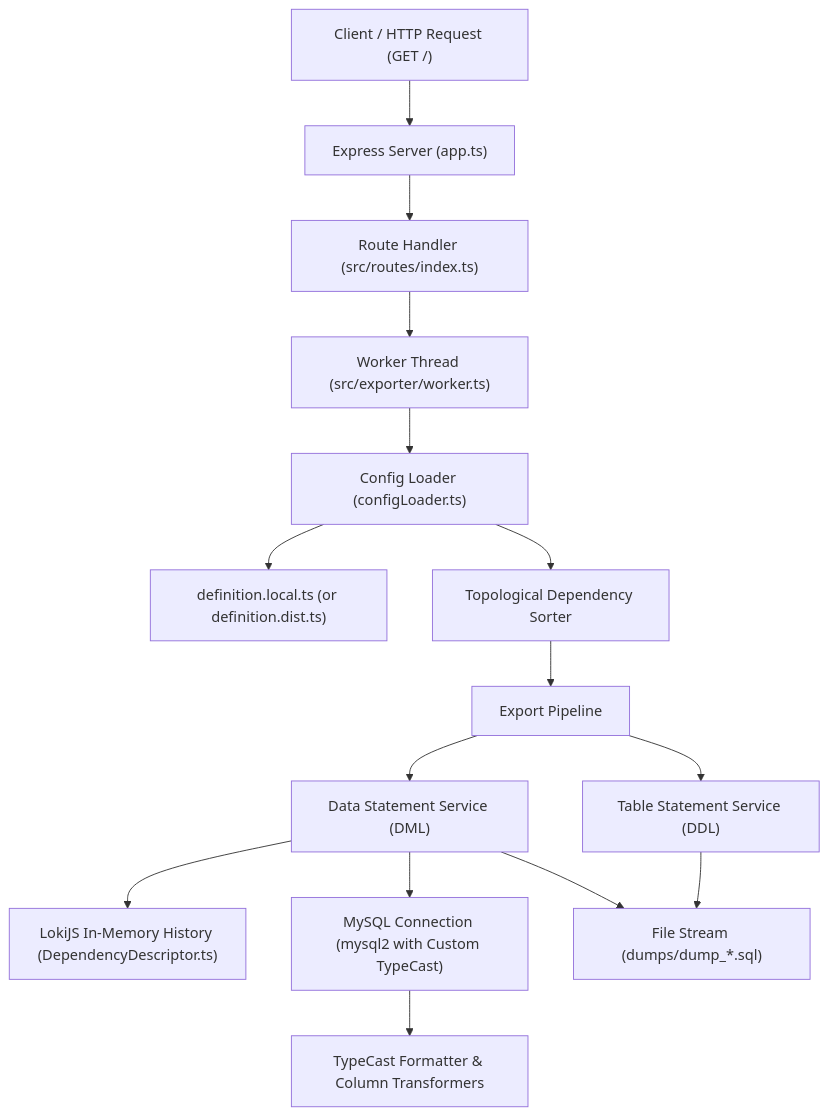
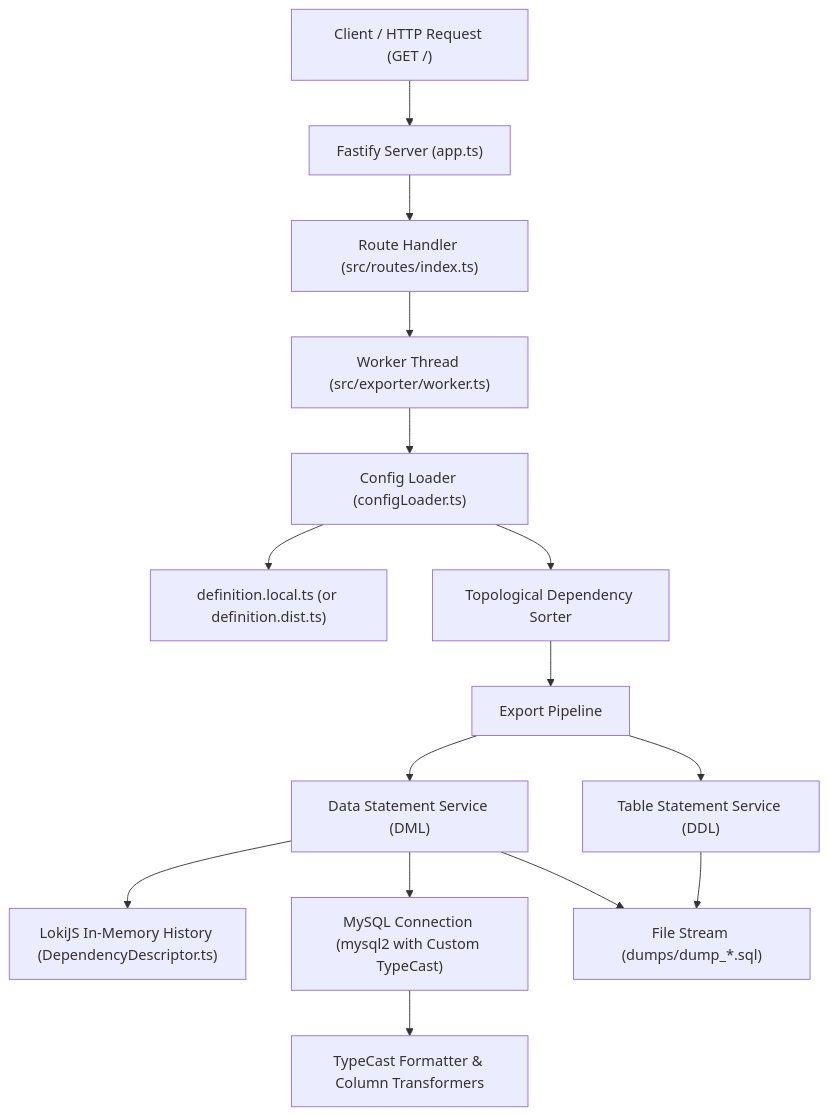
One commit to mancsego/db_dumper changed the diagram in AGENTS.md. Above: the diagram before and after it, drawn with Mermaid. The commit also changed other lines of this file and 6 other files, not shown here.

Commit message:
refactor: migrate server from Express to Fastify

````diff
--- a/AGENTS.md
+++ b/AGENTS.md
@@ -11,17 +11,17 @@
 ```mermaid
 flowchart TD
-    Client["Client / HTTP Request (GET /)"] --> App["Express Server (app.ts)"]
+    Client["Client / HTTP Request (GET /)"] --> App["Fastify Server (app.ts)"]
     App --> Route["Route Handler (src/routes/index.ts)"]
     Route --> Worker["Worker Thread (src/exporter/worker.ts)"]
     Worker --> ConfigLoader["Config Loader (configLoader.ts)"]
     ConfigLoader --> Definition["definition.local.ts (or definition.dist.ts)"]
     ConfigLoader --> TopoSort["Topological Dependency Sorter"]
     TopoSort --> Exporter["Export Pipeline"]
     Exporter --> TableService["Table Statement Service (DDL)"]
     Exporter --> DataService["Data Statement Service (DML)"]
     DataService --> Loki["LokiJS In-Memory History (DependencyDescriptor.ts)"]
     DataService --> MySQL["MySQL Connection (mysql2 with Custom TypeCast)"]
     MySQL --> Formatter["TypeCast Formatter & Column Transformers"]
     TableService --> DumpStream["File Stream (dumps/dump_*.sql)"]
     DataService --> DumpStream
 ```
````
